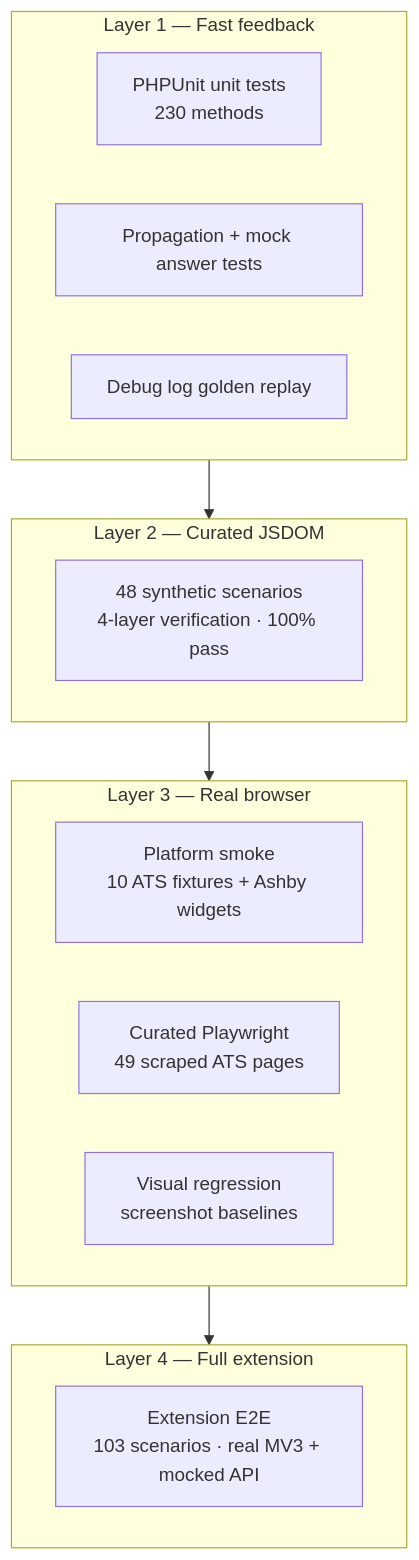
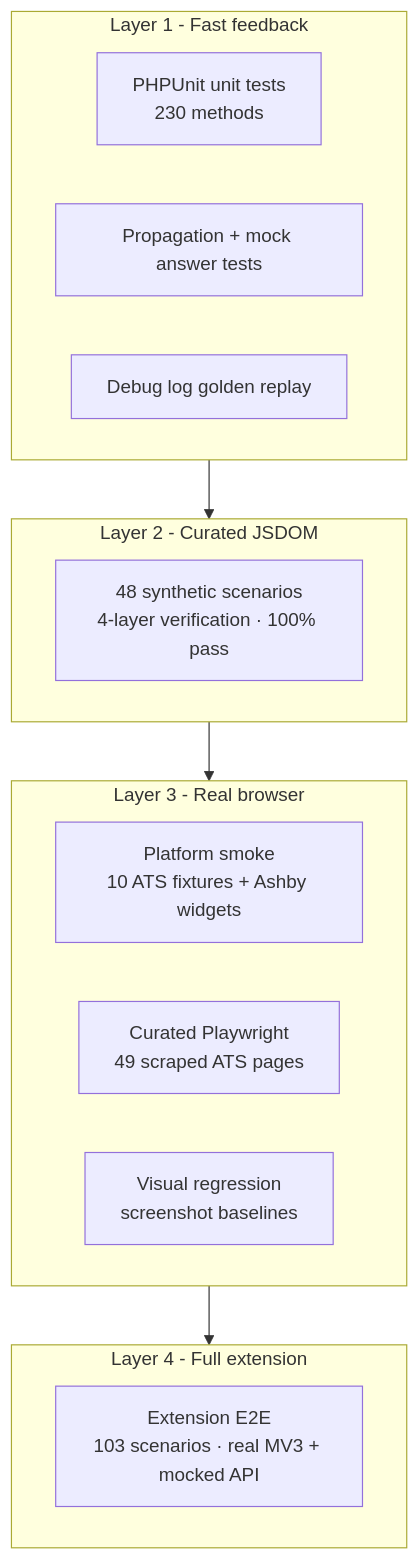
Before and after one commit to tmwclaxton/autoapplycv: the third of 3 diagrams in README.md, drawn with Mermaid. The commit also changed other lines of this file and 45 other files, not shown here.

````diff
--- a/README.md
+++ b/README.md
@@ -286,24 +286,24 @@
 ```mermaid
 flowchart TB
-    subgraph L1["Layer 1 — Fast feedback"]
+    subgraph L1["Layer 1 - Fast feedback"]
         U["PHPUnit unit tests<br/>230 methods"]
         P["Propagation + mock answer tests"]
         D["Debug log golden replay"]
     end
 
-    subgraph L2["Layer 2 — Curated JSDOM"]
+    subgraph L2["Layer 2 - Curated JSDOM"]
         J["48 synthetic scenarios<br/>4-layer verification · 100% pass"]
     end
 
-    subgraph L3["Layer 3 — Real browser"]
+    subgraph L3["Layer 3 - Real browser"]
         S["Platform smoke<br/>10 ATS fixtures + Ashby widgets"]
         PW["Curated Playwright<br/>49 scraped ATS pages"]
         VR["Visual regression<br/>screenshot baselines"]
     end
 
-    subgraph L4["Layer 4 — Full extension"]
+    subgraph L4["Layer 4 - Full extension"]
         E2E["Extension E2E<br/>103 scenarios · real MV3 + mocked API"]
     end
 
     L1 --> L2 --> L3 --> L4
 ```
````
